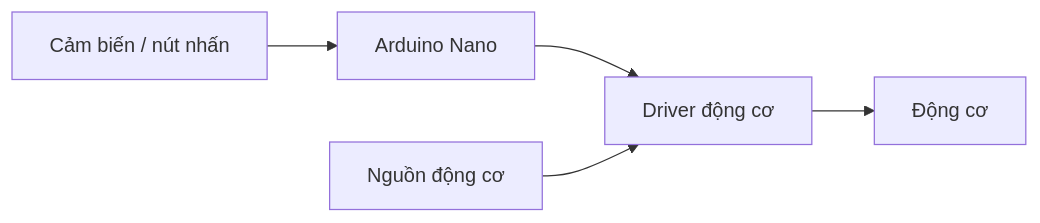
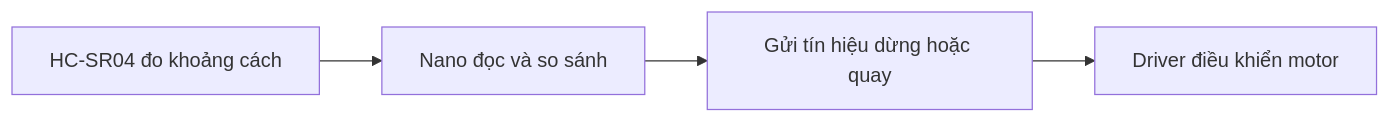
Before and after one commit to robovisVN/robovis-manual: the diagram in docs/robot-arduino/01-gioi-thieu.md, drawn with Mermaid. The commit also changed other lines of this file and 20 other files, not shown here.

Commit message:
Add beginner guides for Arduino Nano and ESP32

````diff
--- a/docs/robot-arduino/01-gioi-thieu.md
+++ b/docs/robot-arduino/01-gioi-thieu.md
@@ -19,7 +56,6 @@
 ```mermaid
 flowchart LR
-    A[Cảm biến / nút nhấn] --> B[Arduino Nano]
-    B --> C[Driver động cơ]
-    C --> D[Động cơ]
-    E[Nguồn động cơ] --> C
+    A[HC-SR04 đo khoảng cách] --> B[Nano đọc và so sánh]
+    B --> C[Gửi tín hiệu dừng hoặc quay]
+    C --> D[Driver điều khiển motor]
 ```
````
